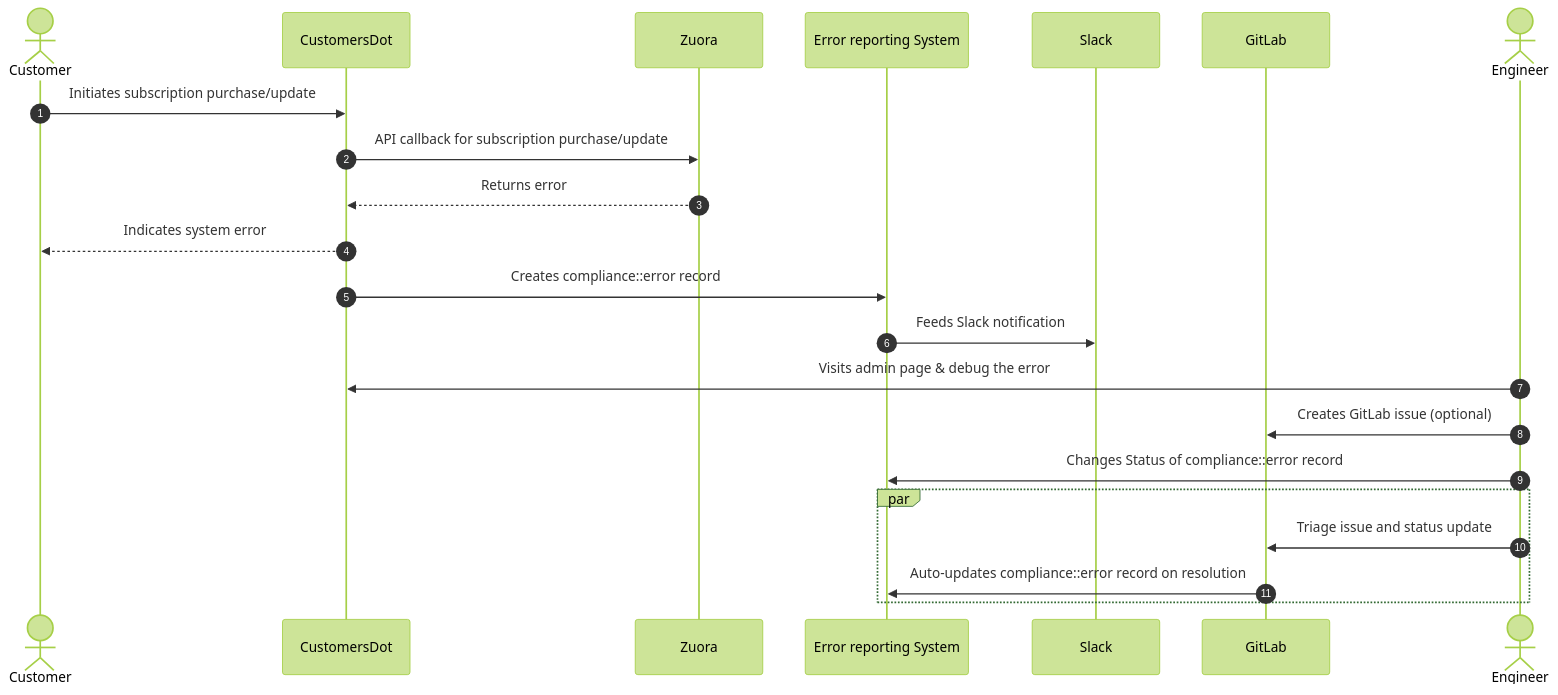
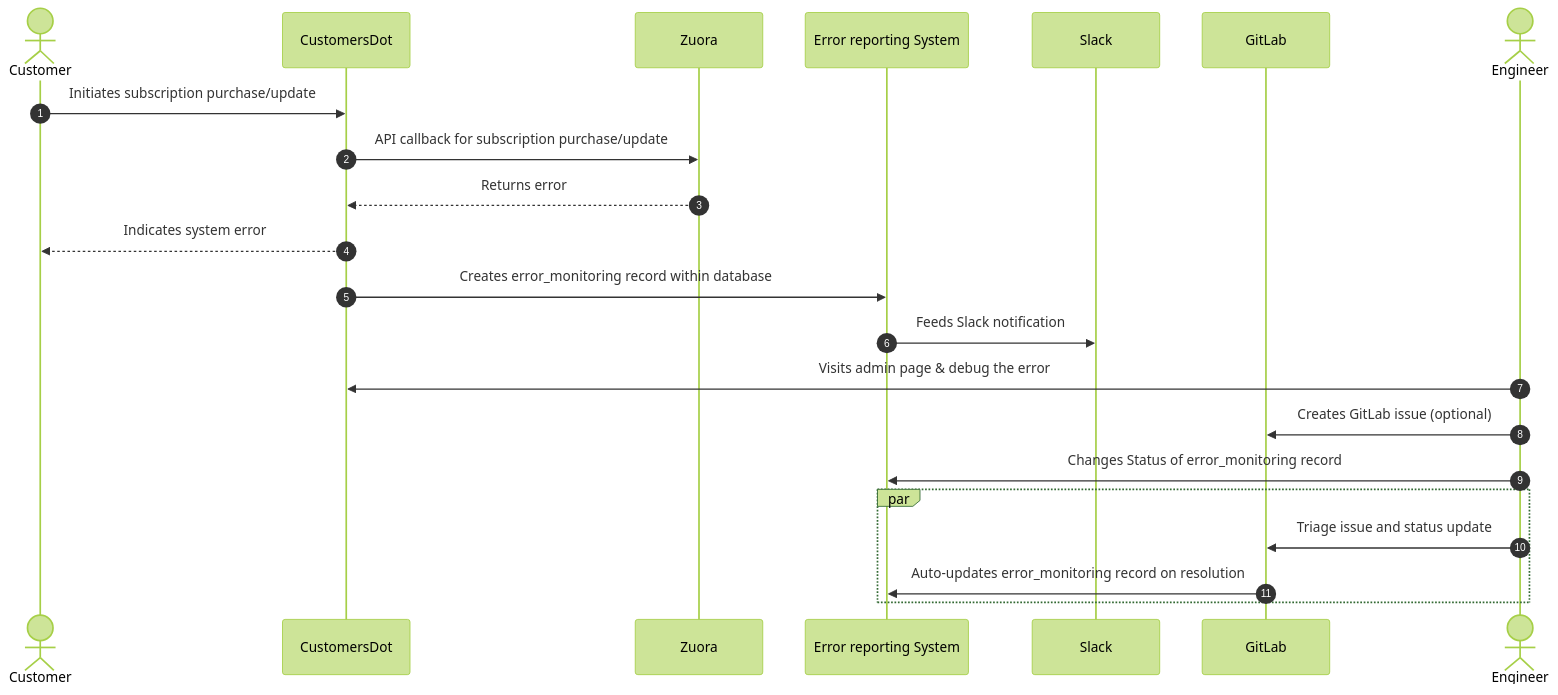
The third of 3 diagrams in content/handbook/engineering/architecture/design-documents/cdot_error_reporting/_index.md (secretstartups/handbook), drawn with Mermaid (forest theme) before and after one commit. The commit also changed other lines of this file, not shown here.

Commit message:
Rename table to error_monitorings

````diff
--- a/content/handbook/engineering/architecture/design-documents/cdot_error_reporting/_index.md
+++ b/content/handbook/engineering/architecture/design-documents/cdot_error_reporting/_index.md
@@ -107,25 +107,25 @@
 ```mermaid
 sequenceDiagram
   autonumber
   actor C as Customer
   participant CD as CustomersDot
   participant Z as Zuora
   participant ER as Error reporting System
   participant S as Slack
   participant G as GitLab
   actor E as Engineer
 
   C->>CD: Initiates subscription purchase/update
   CD->>Z: API callback for subscription purchase/update
   Z-->>CD: Returns error
   CD-->>C: Indicates system error
-  CD->>ER: Creates compliance::error record
+  CD->>ER: Creates error_monitoring record within database
   ER->>S: Feeds Slack notification
   E->>CD: Visits admin page & debug the error
   E->>G: Creates GitLab issue (optional)
-  E->>ER: Changes Status of compliance::error record
+  E->>ER: Changes Status of error_monitoring record
   par
     E->>G: Triage issue and status update
-    G->>ER: Auto-updates compliance::error record on resolution
+    G->>ER: Auto-updates error_monitoring record on resolution
   end
 ```
````
